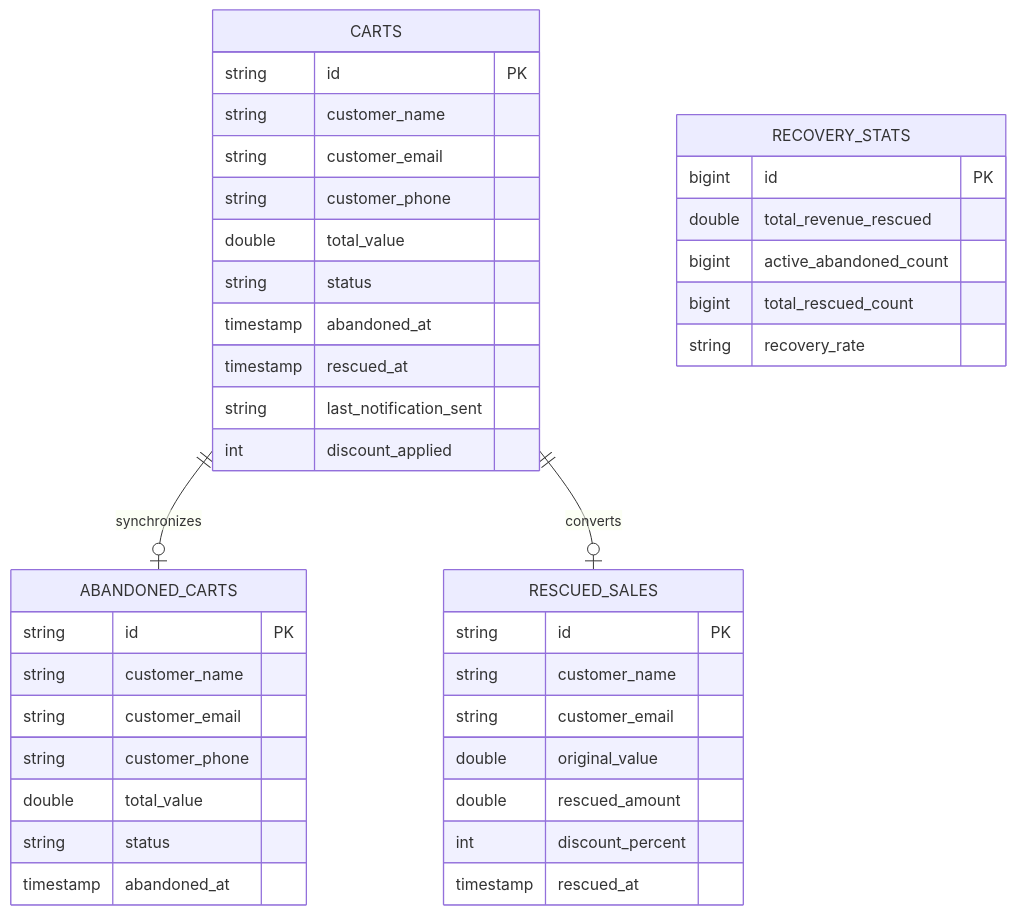
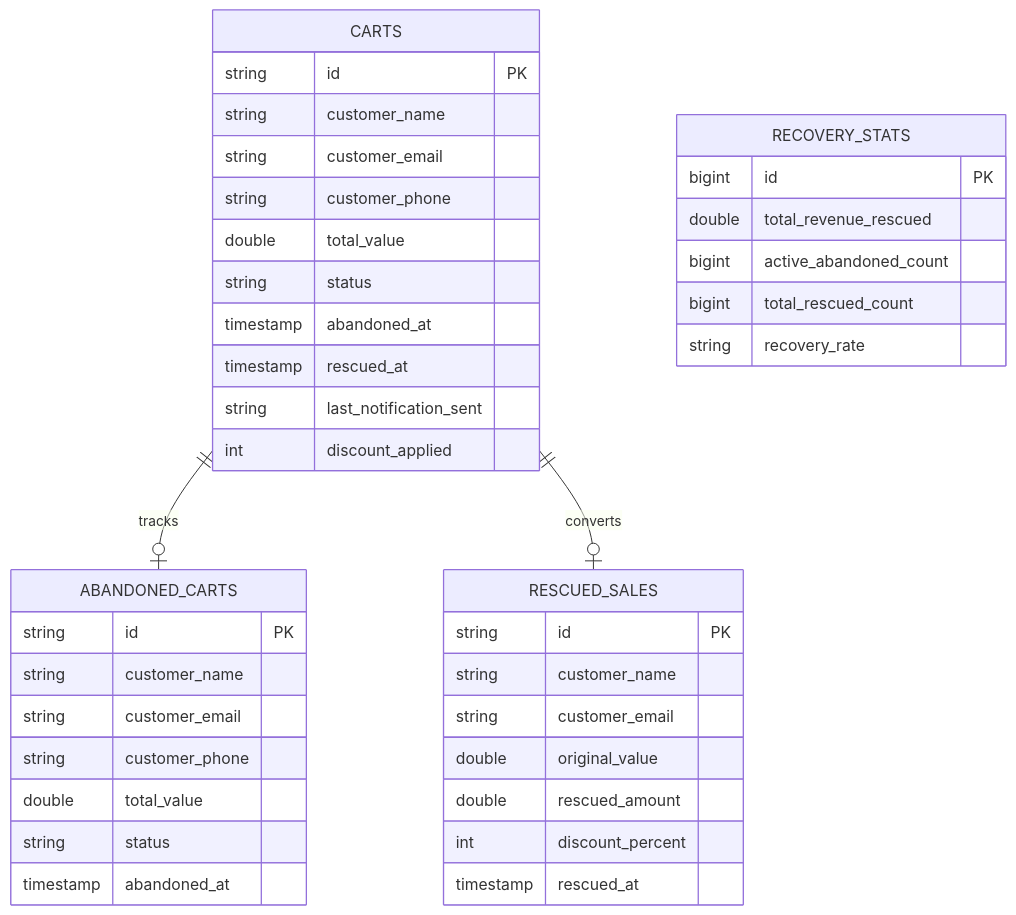
One commit to VARMA-2300031783/cart-rescue-classic changed the second of 2 diagrams in README.md. Above: the diagram before and after it, drawn with Mermaid. The commit also changed other lines of this file and 5 other files, not shown here.

````diff
--- a/README.md
+++ b/README.md
@@ -85,46 +78,46 @@
 ```mermaid
 erDiagram
     CARTS {
         string id PK
         string customer_name
         string customer_email
         string customer_phone
         double total_value
         string status
         timestamp abandoned_at
         timestamp rescued_at
         string last_notification_sent
         int discount_applied
     }
 
     ABANDONED_CARTS {
         string id PK
         string customer_name
         string customer_email
         string customer_phone
         double total_value
         string status
         timestamp abandoned_at
     }
 
     RESCUED_SALES {
         string id PK
         string customer_name
         string customer_email
         double original_value
         double rescued_amount
         int discount_percent
         timestamp rescued_at
     }
 
     RECOVERY_STATS {
         bigint id PK
         double total_revenue_rescued
         bigint active_abandoned_count
         bigint total_rescued_count
         string recovery_rate
     }
 
-    CARTS ||--o| ABANDONED_CARTS : synchronizes
+    CARTS ||--o| ABANDONED_CARTS : tracks
     CARTS ||--o| RESCUED_SALES : converts
 ```
````
